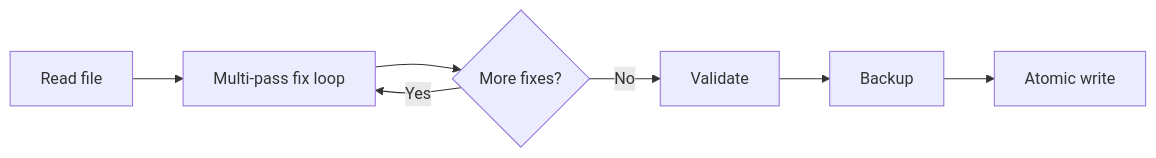
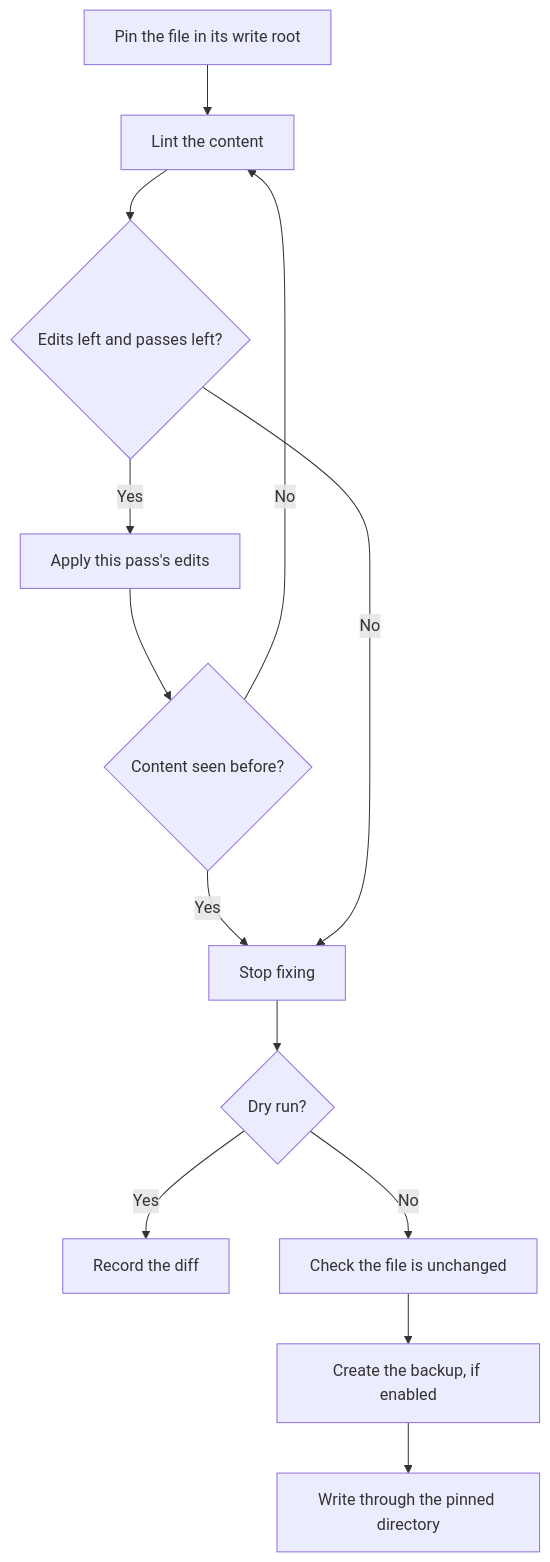
Before and after one commit to yaklabco/gomdlint: the second of 12 diagrams in docs/ARCHITECTURE.md, drawn with Mermaid. The commit also changed other lines of this file and 14 other files, not shown here.

````diff
--- a/docs/ARCHITECTURE.md
+++ b/docs/ARCHITECTURE.md
@@ -133,9 +180,15 @@
 ```mermaid
-flowchart LR
-    A[Read file] --> B[Multi-pass fix loop]
-    B --> C{More fixes?}
-    C -->|Yes| B
-    C -->|No| D[Validate]
-    D --> E[Backup]
-    E --> F[Atomic write]
+flowchart TD
+    pin[Pin the file in its write root] --> lint[Lint the content]
+    lint --> more{Edits left and passes left?}
+    more -->|Yes| apply[Apply this pass's edits]
+    apply --> seen{Content seen before?}
+    seen -->|No| lint
+    seen -->|Yes| done[Stop fixing]
+    more -->|No| done
+    done --> dry{Dry run?}
+    dry -->|Yes| diff[Record the diff]
+    dry -->|No| check[Check the file is unchanged]
+    check --> backup[Create the backup, if enabled]
+    backup --> write[Write through the pinned directory]
 ```
````
